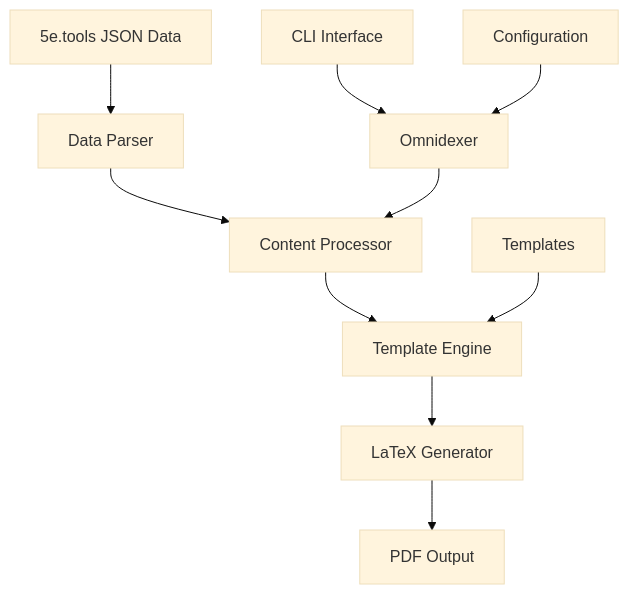
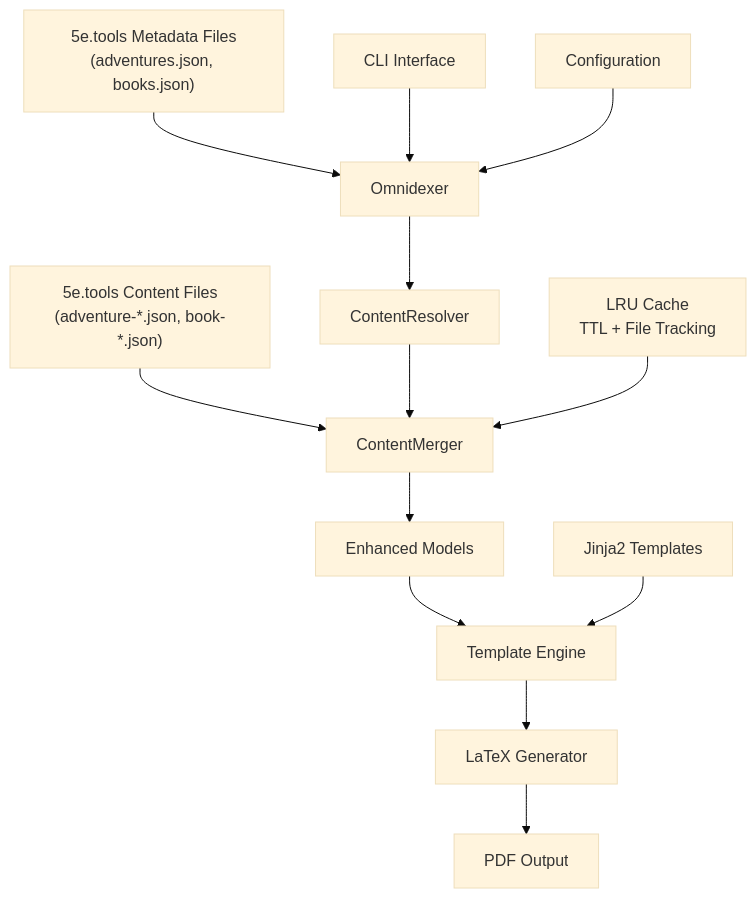
One commit to sargeant/studiorum changed the first of 2 diagrams in docs/source/developer/architecture.md. Above: the diagram before and after it, drawn with Mermaid (base theme). The commit also changed other lines of this file and 4 other files, not shown here.

First line of the commit message:
docs(developer): enhance architecture and contributing documentation

````diff
--- a/docs/source/developer/architecture.md
+++ b/docs/source/developer/architecture.md
@@ -9,14 +13,18 @@
 ```mermaid
 graph TD
-    A[5e.tools JSON Data] --> B[Data Parser]
-    B --> C[Content Processor]
-    C --> D[Template Engine]
-    D --> E[LaTeX Generator]
-    E --> F[PDF Output]
+    A["5e.tools Metadata Files<br/>(adventures.json, books.json)"] --> B[Omnidexer]
+    A1["5e.tools Content Files<br/>(adventure-*.json, book-*.json)"] --> C[ContentMerger]
 
-    G[CLI Interface] --> H[Omnidexer]
-    H --> C
+    G[CLI Interface] --> B
+    B --> D[ContentResolver]
+    D --> C
+    C --> E[Enhanced Models]
 
-    I[Configuration] --> H
-    J[Templates] --> D
+    E --> F[Template Engine]
+    F --> H[LaTeX Generator]
+    H --> I[PDF Output]
+
+    J[LRU Cache<br/>TTL + File Tracking] --> C
+    K[Configuration] --> B
+    L[Jinja2 Templates] --> F
 ```
````
